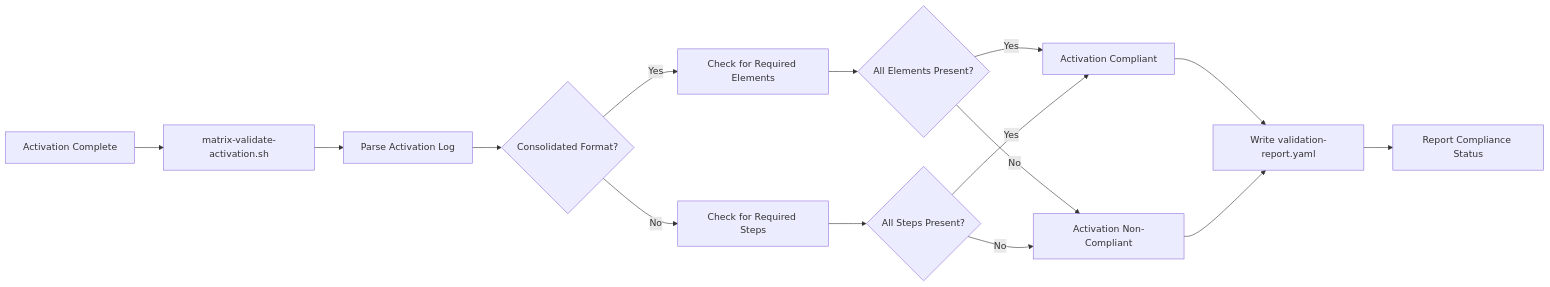
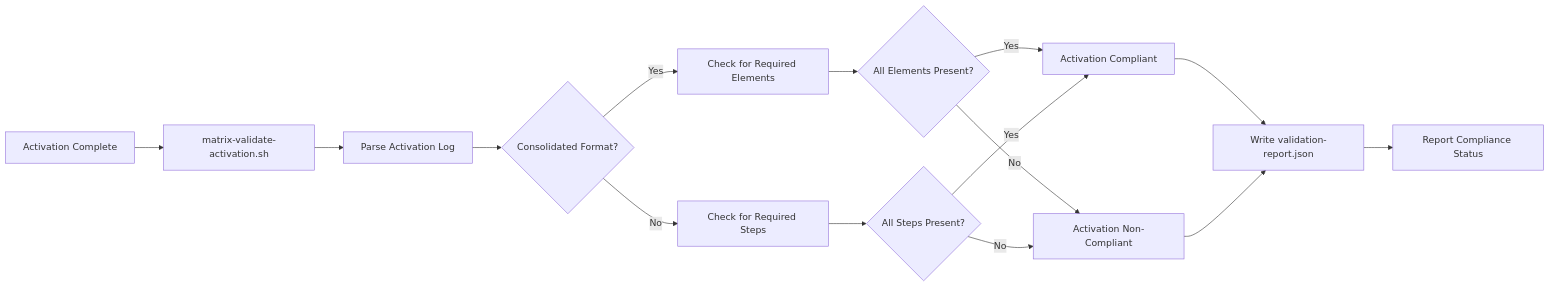
One commit to elbarril/matrix changed diagram 20 of 25 in analysis/execution_flow.md. Above: the diagram before and after it, drawn with Mermaid. The commit also changed other lines of this file and 12 other files, not shown here.

````diff
--- a/analysis/execution_flow.md
+++ b/analysis/execution_flow.md
@@ -681,17 +688,17 @@
 ```mermaid
 graph LR
     A[Activation Complete] --> B[matrix-validate-activation.sh]
     B --> C[Parse Activation Log]
     C --> D{Consolidated Format?}
     D -->|Yes| E[Check for Required Elements]
     D -->|No| F[Check for Required Steps]
     E --> G{All Elements Present?}
     F --> H{All Steps Present?}
     G -->|Yes| I[Activation Compliant]
     G -->|No| J[Activation Non-Compliant]
     H -->|Yes| I
     H -->|No| J
-    I --> K[Write validation-report.yaml]
+    I --> K[Write validation-report.json]
     J --> K
     K --> L[Report Compliance Status]
 ```
````
